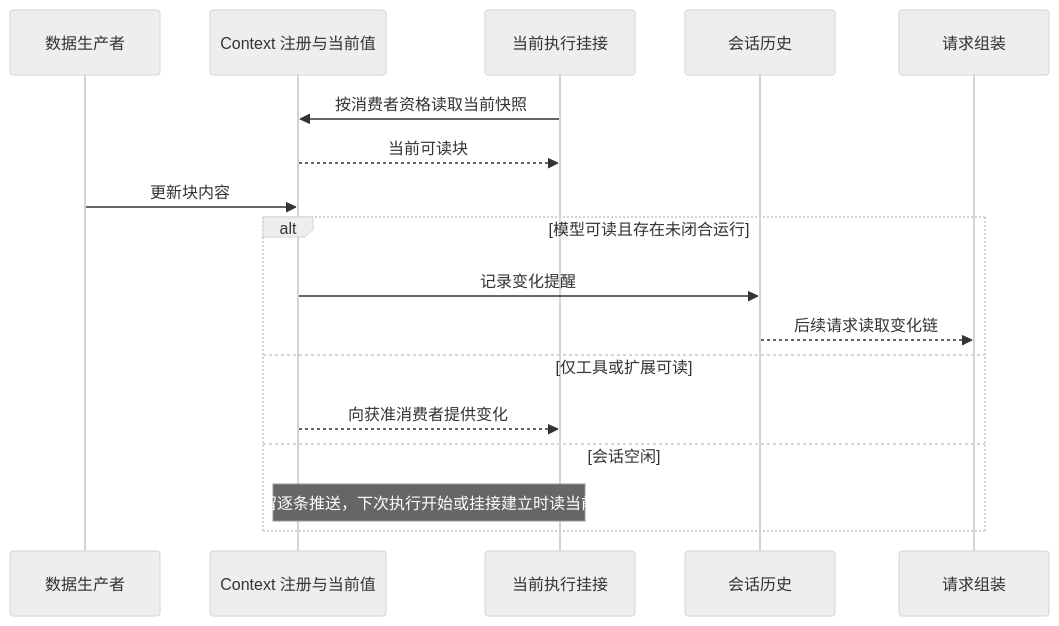
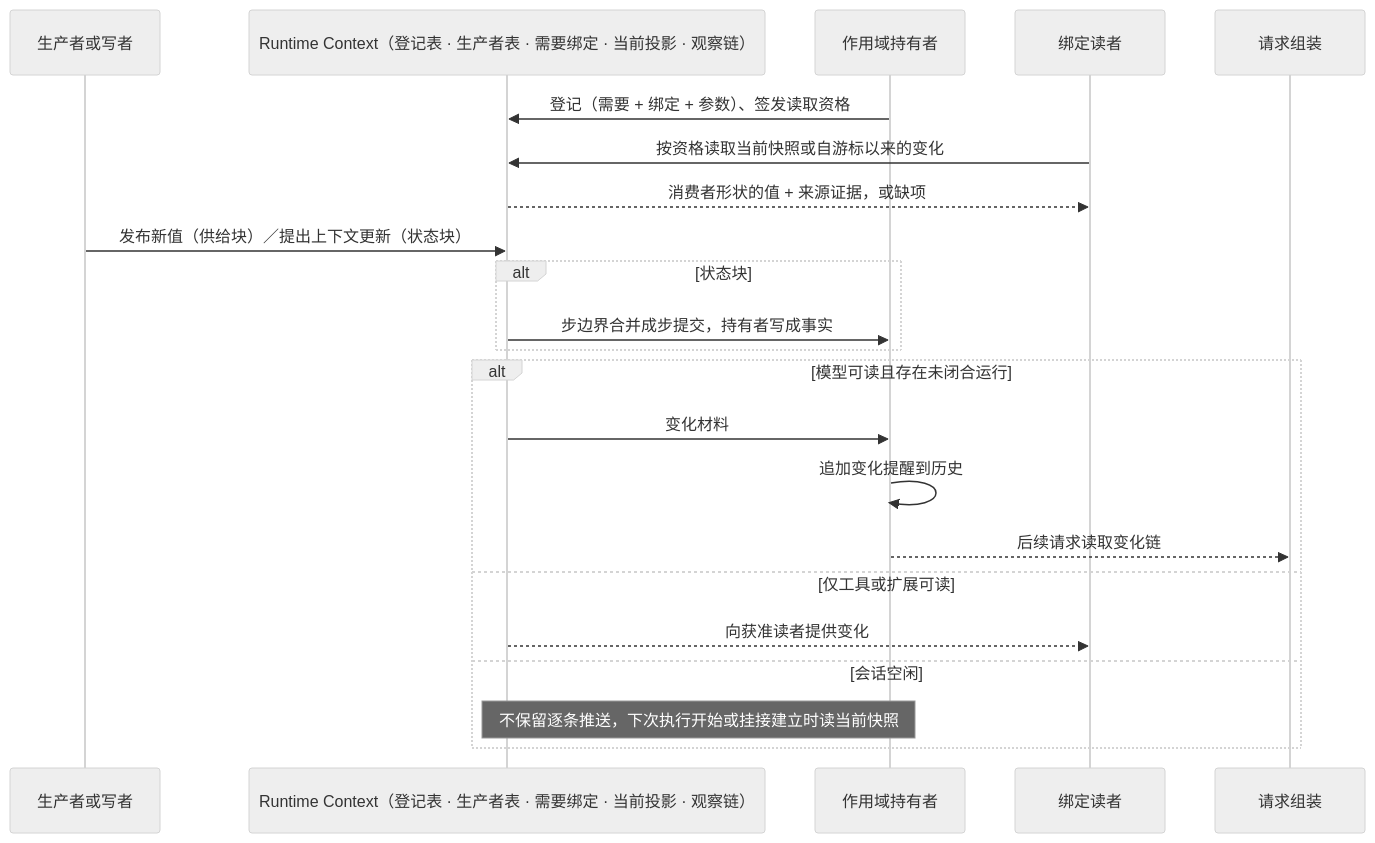
Before and after one commit to nemori-ai/omne-harness-lite: the first of 2 diagrams in docs/architecture/runtime/runtime-context.md, drawn with Mermaid (neutral theme). The commit also changed other lines of this file and 21 other files, not shown here.

````diff
--- a/docs/architecture/runtime/runtime-context.md
+++ b/docs/architecture/runtime/runtime-context.md
@@ -38,19 +69,24 @@
 ```mermaid
 sequenceDiagram
-    participant P as 数据生产者
-    participant C as Context 注册与当前值
-    participant A as 当前执行挂接
-    participant H as 会话历史
-    participant M as 请求组装
-    A->>C: 按消费者资格读取当前快照
-    C-->>A: 当前可读块
-    P->>C: 更新块内容
+    participant P as 生产者或写者
+    participant C as Runtime Context（登记表 · 生产者表 · 需要绑定 · 当前投影 · 观察链）
+    participant H as 作用域持有者
+    participant R as 绑定读者
+    participant Q as 请求组装
+    H->>C: 登记（需要 + 绑定 + 参数）、签发读取资格
+    R->>C: 按资格读取当前快照或自游标以来的变化
+    C-->>R: 消费者形状的值 + 来源证据，或缺项
+    P->>C: 发布新值（供给块）／提出上下文更新（状态块）
+    alt 状态块
+        C->>H: 步边界合并成步提交，持有者写成事实
+    end
     alt 模型可读且存在未闭合运行
-        C->>H: 记录变化提醒
-        H-->>M: 后续请求读取变化链
+        C->>H: 变化材料
+        H->>H: 追加变化提醒到历史
+        H-->>Q: 后续请求读取变化链
     else 仅工具或扩展可读
-        C-->>A: 向获准消费者提供变化
+        C-->>R: 向获准读者提供变化
     else 会话空闲
-        Note over C,A: 不保留逐条推送，下次执行开始或挂接建立时读当前快照
+        Note over C,H: 不保留逐条推送，下次执行开始或挂接建立时读当前快照
     end
 ```
````
